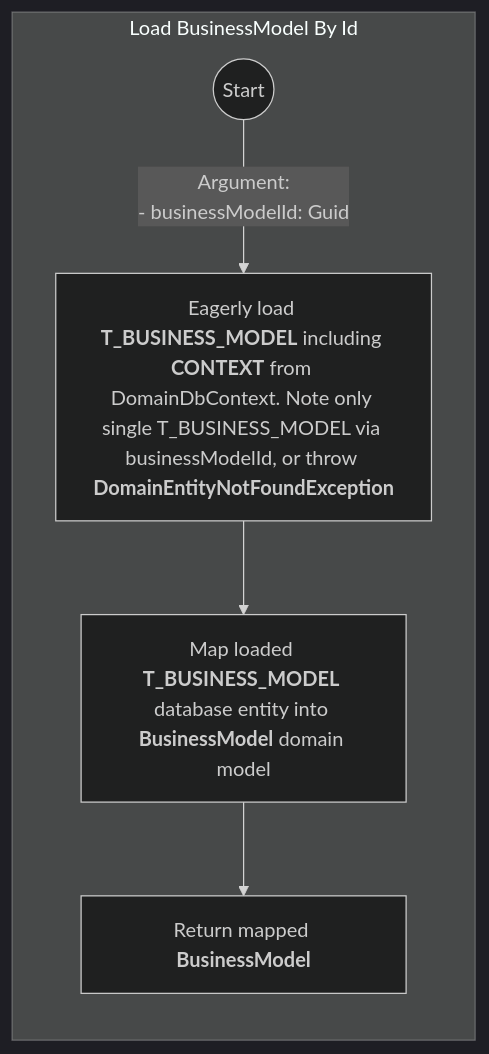
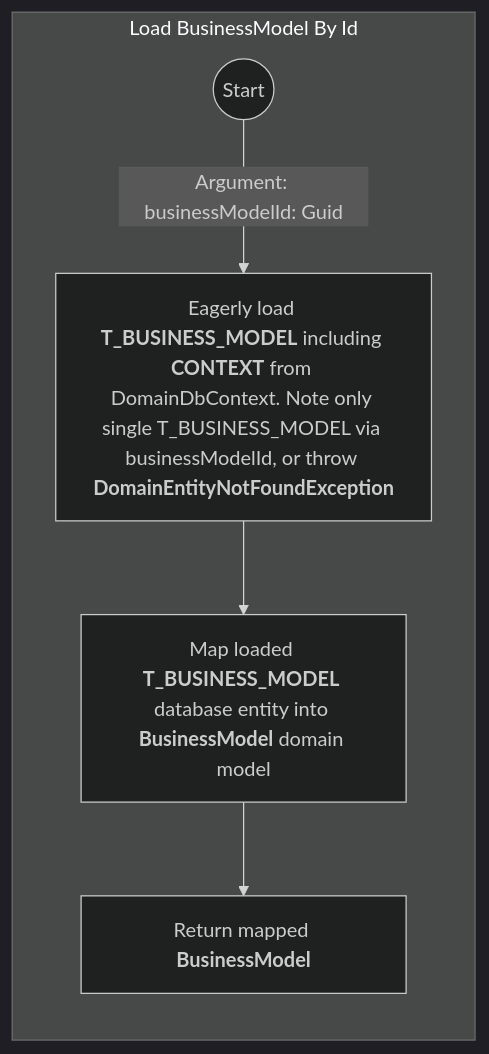
The first of 2 diagrams in AI/Repository/BusinessModelRepository.md (sdlfly2000/DomainBasedDesigner), drawn with Mermaid (dark theme) before and after one commit. The commit also changed other lines of this file and 7 other files, not shown here.

Commit message:
adapt businessModel app service

````diff
--- a/AI/Repository/BusinessModelRepository.md
+++ b/AI/Repository/BusinessModelRepository.md
@@ -32,11 +32,13 @@
     ```mermaid
         graph TB
             subgraph main [Load BusinessModel By Id]
                 direction TB
                 start(("Start")) -->
-                |Argument: 
-                - businessModelId: Guid| LoadByIdFromDb["`Eagerly load **T_BUSINESS_MODEL** including **CONTEXT** from DomainDbContext. Note only single T_BUSINESS_MODEL via businessModelId, or throw **DomainEntityNotFoundException**`"] -->
+                |Argument: businessModelId: Guid| LoadByIdFromDb["`Eagerly load **T_BUSINESS_MODEL** including **CONTEXT** from DomainDbContext. Note only single T_BUSINESS_MODEL via businessModelId, or throw **DomainEntityNotFoundException**`"] -->
+                
+                %% BusinessModel.ContentMermaid = T_BUSINESS_MODEL.RAW_DESCRIPTION
                 MapToBusniessModelDoaminModel["`Map loaded **T_BUSINESS_MODEL** database entity into **BusinessModel** domain model`"] -->
+
                 return["`Return mapped **BusinessModel**`"]
             end
     ```
````
